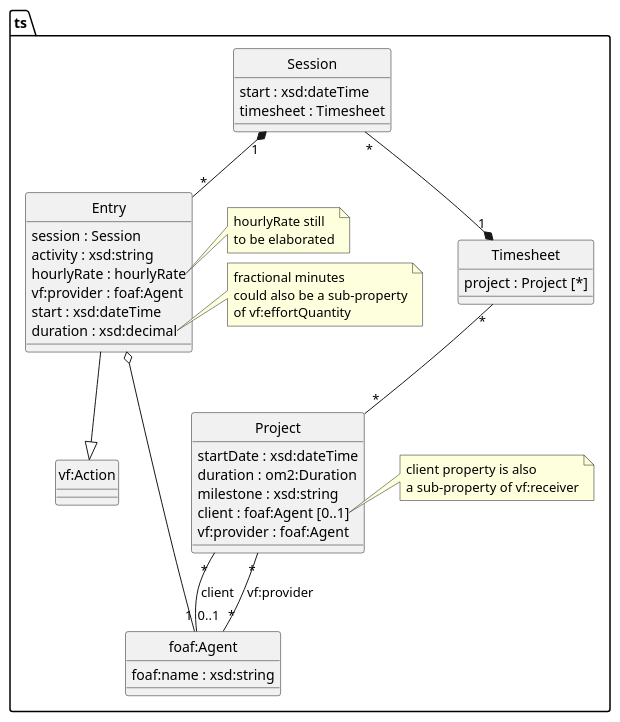
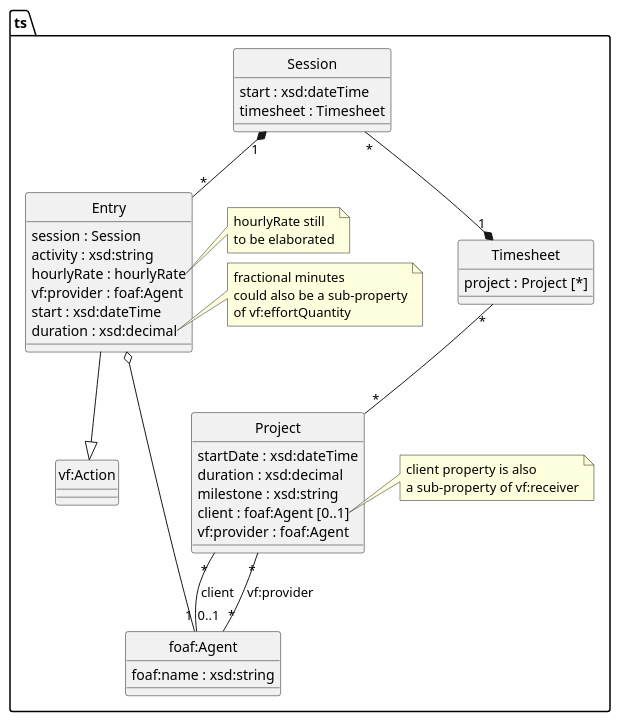
One commit to m-ld/timeld changed the diagram in architecture/data-model/class-data-model.puml. Above: the diagram before and after it, drawn with PlantUML. The commit also changed 24 other files, not shown here.

```diff
--- a/architecture/data-model/class-data-model.puml
+++ b/architecture/data-model/class-data-model.puml
@@ -1,67 +1,67 @@
 @startuml
 'https://plantuml.com/class-diagram
 
 hide circle
 
 package ts {
     class Timesheet {
         project : Project [*]
     }
 
     class Session {
         start : xsd:dateTime
         timesheet : Timesheet
     }
 
     Session "1" *-- "*" Entry
 
     class Entry {
         session : Session
         activity : xsd:string
         hourlyRate : hourlyRate
         vf:provider : foaf:Agent
         start : xsd:dateTime
         duration : xsd:decimal
     }
 
     note right of Entry::hourlyRate
         hourlyRate still
         to be elaborated
     end note
 
     note right of Entry::duration
         fractional minutes
         could also be a sub-property
         of vf:effortQuantity
     end note
 
     Entry --|> "vf:Action"
 
     Entry o-- "1" "foaf:Agent"
 
     Session "*" --* "1" Timesheet
 
     class Project {
         startDate : xsd:dateTime
-        duration : om2:Duration
+        duration : xsd:decimal
         milestone : xsd:string
         client : foaf:Agent [0..1]
         vf:provider : foaf:Agent
     }
 
     Timesheet "*" -- "*" Project
 
     class foaf:Agent {
         foaf:name : xsd:string
     }
 
     Project "*" -- "0..1" "foaf:Agent": client
     Project "*" -- "*" "foaf:Agent": vf:provider
 
     note right of Project::client
     client property is also
     a sub-property of vf:receiver
     end note
 }
 
 @enduml
```
